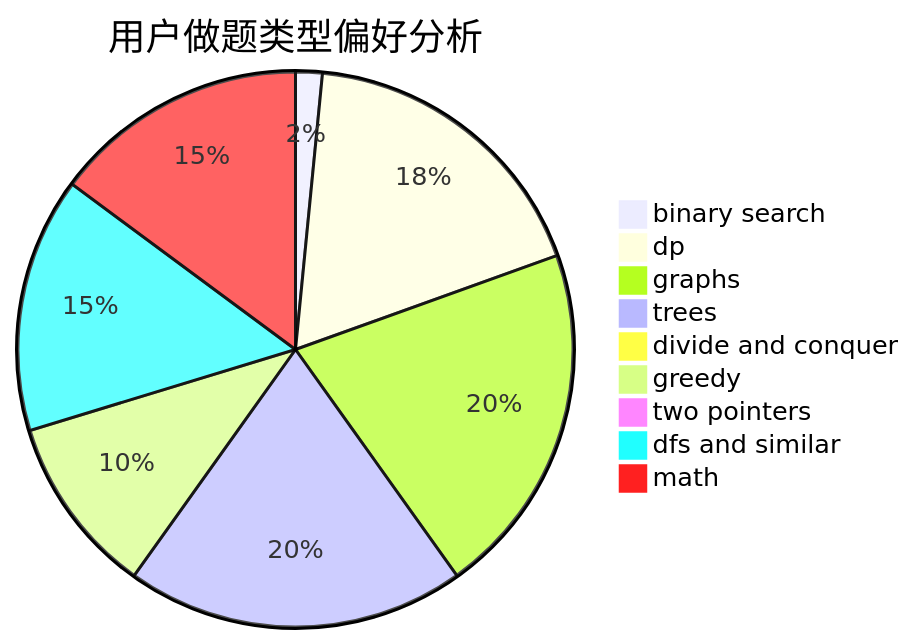
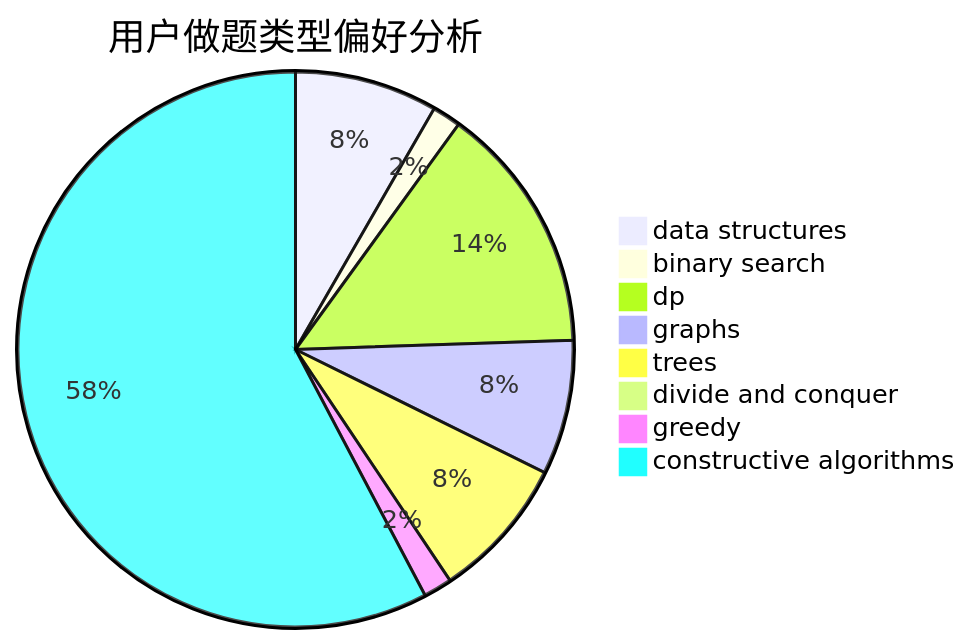
Before and after one commit to sherpahu/cfrs.github.io: the second of 3 diagrams in docs/user/u341.md, drawn with Mermaid. The commit also changed other lines of this file and 2775 other files, not shown here.

````diff
--- a/docs/user/u341.md
+++ b/docs/user/u341.md
@@ -23,12 +23,11 @@
 ```mermaid
 pie title 用户做题类型偏好分析
+    "data structures" :  35
     "binary search" :  7
-    "dp" :  81
-    "graphs" :  93
-    "trees" :  89
-    "divide and conquer" :  1
-    "greedy" :  47
-    "two pointers" :  3
-    "dfs and similar" :  67
-    "math" :  67
+    "dp" :  61
+    "graphs" :  33
+    "trees" :  35
+    "divide and conquer" :  0
+    "greedy" :  7
+    "constructive algorithms" :  243
 ```
````
